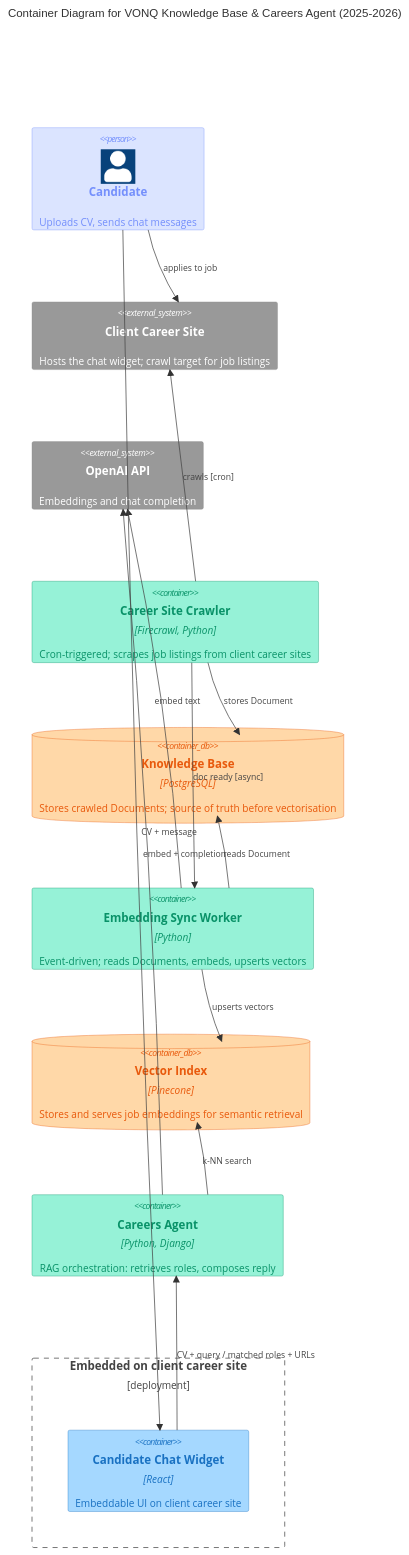
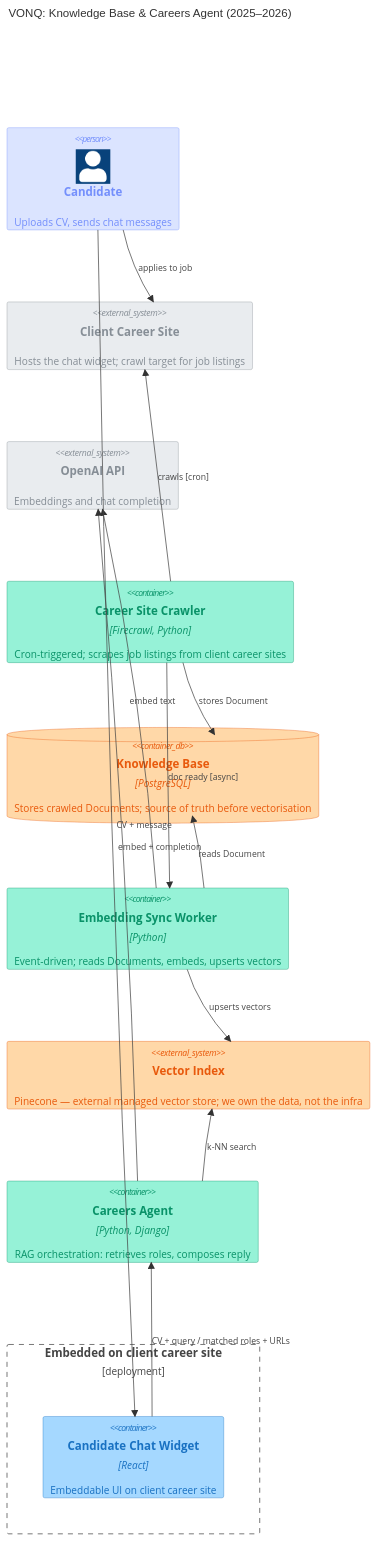
Before and after one commit to cmin764/portfolio: the diagram in src/diagrams/vonq-knowledge-base.md, drawn with Mermaid. The commit also changed other lines of this file and 23 other files, not shown here.

First line of the commit message:
OSS diagrams: C4 architecture diagrams for all portfolio projects (#5)

````diff
--- a/src/diagrams/vonq-knowledge-base.md
+++ b/src/diagrams/vonq-knowledge-base.md
@@ -31,41 +31,43 @@
 ```mermaid
 C4Container
-  title Container Diagram for VONQ Knowledge Base & Careers Agent (2025-2026)
+  title VONQ: Knowledge Base & Careers Agent (2025–2026)
 
   UpdateLayoutConfig($c4ShapeInRow="3", $c4BoundaryInRow="1")
 
   Person(candidate, "Candidate", "Uploads CV, sends chat messages")
 
   System_Ext(clientSite, "Client Career Site", "Hosts the chat widget; crawl target for job listings")
   System_Ext(openai, "OpenAI API", "Embeddings and chat completion")
 
   Container(crawler, "Career Site Crawler", "Firecrawl, Python", "Cron-triggered; scrapes job listings from client career sites")
   ContainerDb(kb, "Knowledge Base", "PostgreSQL", "Stores crawled Documents; source of truth before vectorisation")
   Container(syncer, "Embedding Sync Worker", "Python", "Event-driven; reads Documents, embeds, upserts vectors")
-  ContainerDb(pinecone, "Vector Index", "Pinecone", "Stores and serves job embeddings for semantic retrieval")
+  System_Ext(pinecone, "Vector Index", "Pinecone — external managed vector store; we own the data, not the infra")
   Container(agent, "Careers Agent", "Python, Django", "RAG orchestration: retrieves roles, composes reply")
   Boundary(clientEmbed, "Embedded on client career site", "deployment") {
     Container(widget, "Candidate Chat Widget", "React", "Embeddable UI on client career site")
   }
 
-  Rel_U(crawler, clientSite, "crawls [cron]")
-  Rel_R(crawler, kb, "stores Document")
-  Rel_R(crawler, syncer, "doc ready [async]")
-  Rel_L(syncer, kb, "reads Document")
-  Rel_R(syncer, openai, "embed text")
-  Rel_D(syncer, pinecone, "upserts vectors")
+  Rel(crawler, clientSite, "crawls [cron]")
+  Rel(crawler, kb, "stores Document")
+  Rel(crawler, syncer, "doc ready [async]")
+  Rel(syncer, kb, "reads Document")
+  Rel(syncer, openai, "embed text")
+  Rel(syncer, pinecone, "upserts vectors")
 
-  Rel_L(candidate, widget, "CV + message")
-  Rel_U(widget, agent, "CV + query / matched roles + URLs")
-  Rel_U(agent, openai, "embed + completion")
-  Rel_L(agent, pinecone, "k-NN search")
-  Rel_U(candidate, clientSite, "applies to job")
+  Rel(candidate, widget, "CV + message")
+  Rel(widget, agent, "CV + query / matched roles + URLs")
+  Rel(agent, openai, "embed + completion")
+  Rel(agent, pinecone, "k-NN search")
+  Rel(candidate, clientSite, "applies to job")
 
   UpdateElementStyle(candidate, $fontColor="#748ffc", $bgColor="#dbe4ff", $borderColor="#748ffc")
   UpdateElementStyle(widget, $fontColor="#1971c2", $bgColor="#a5d8ff", $borderColor="#1971c2")
   UpdateElementStyle(crawler, $fontColor="#099268", $bgColor="#96f2d7", $borderColor="#099268")
   UpdateElementStyle(syncer, $fontColor="#099268", $bgColor="#96f2d7", $borderColor="#099268")
   UpdateElementStyle(agent, $fontColor="#099268", $bgColor="#96f2d7", $borderColor="#099268")
   UpdateElementStyle(kb, $fontColor="#e8590c", $bgColor="#ffd8a8", $borderColor="#e8590c")
   UpdateElementStyle(pinecone, $fontColor="#e8590c", $bgColor="#ffd8a8", $borderColor="#e8590c")
+  UpdateElementStyle(clientSite, $bgColor="#e9ecef", $borderColor="#868e96", $fontColor="#868e96")
+  UpdateElementStyle(openai, $bgColor="#e9ecef", $borderColor="#868e96", $fontColor="#868e96")
 ```
````
